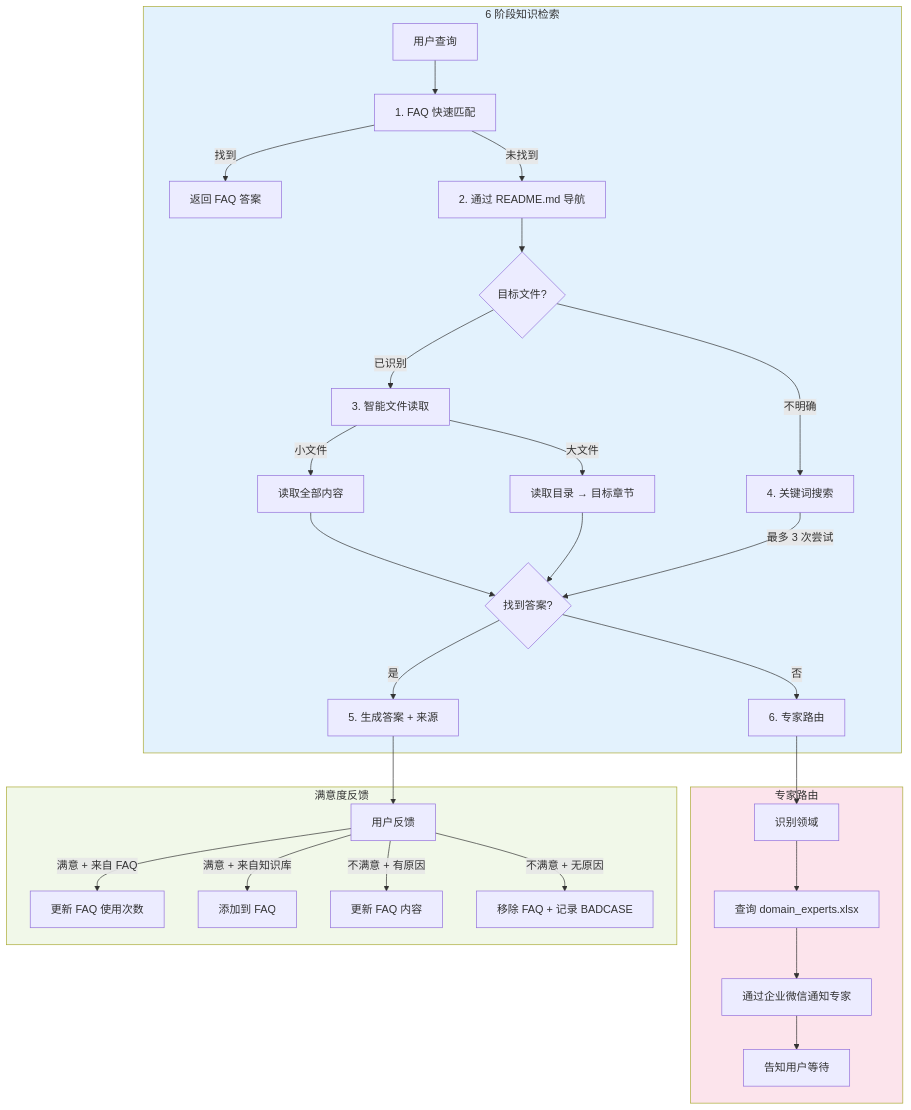
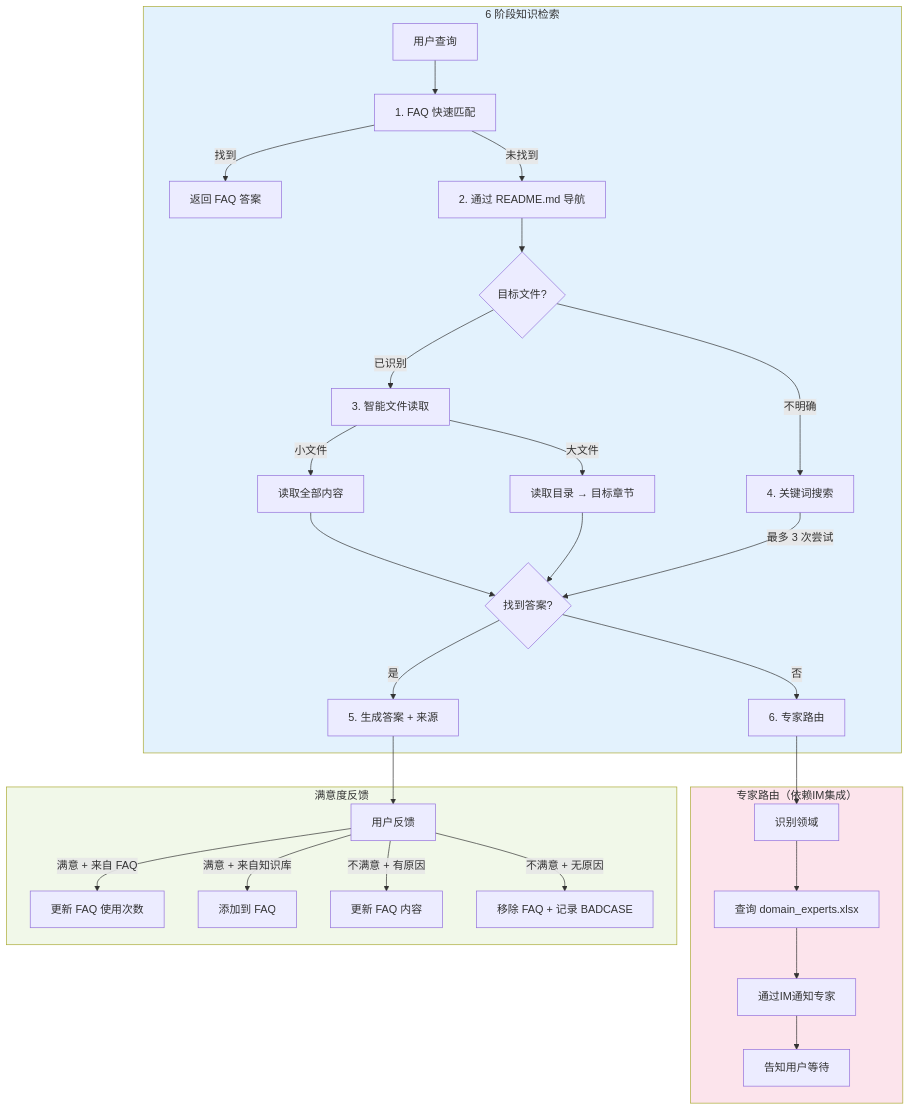
The second of 2 diagrams in README_CN.md (Harryoung/efka), drawn with Mermaid before and after one commit. The commit also changed other lines of this file and 1 other file, not shown here.

````diff
--- a/README_CN.md
+++ b/README_CN.md
@@ -177,36 +167,36 @@
 ```mermaid
 flowchart TD
     subgraph Query["6 阶段知识检索"]
         A[用户查询] --> B[1. FAQ 快速匹配]
         B -->|找到| B1[返回 FAQ 答案]
         B -->|未找到| C[2. 通过 README.md 导航]
         C --> D{目标文件?}
         D -->|已识别| E[3. 智能文件读取]
         D -->|不明确| F[4. 关键词搜索]
         E -->|小文件| E1[读取全部内容]
         E -->|大文件| E2[读取目录 → 目标章节]
         E1 & E2 --> G{找到答案?}
         F -->|最多 3 次尝试| G
         G -->|是| H[5. 生成答案 + 来源]
         G -->|否| I[6. 专家路由]
     end
 
-    subgraph Expert["专家路由"]
+    subgraph Expert["专家路由（依赖IM集成）"]
         I --> I1[识别领域]
         I1 --> I2[查询 domain_experts.xlsx]
-        I2 --> I3[通过企业微信通知专家]
+        I2 --> I3[通过IM通知专家]
         I3 --> I4[告知用户等待]
     end
 
     subgraph Feedback["满意度反馈"]
         H --> J[用户反馈]
         J -->|满意 + 来自 FAQ| K1[更新 FAQ 使用次数]
         J -->|满意 + 来自知识库| K2[添加到 FAQ]
         J -->|不满意 + 有原因| K3[更新 FAQ 内容]
         J -->|不满意 + 无原因| K4[移除 FAQ + 记录 BADCASE]
     end
 
     style Query fill:#e3f2fd
     style Expert fill:#fce4ec
     style Feedback fill:#f1f8e9
 ```
````
